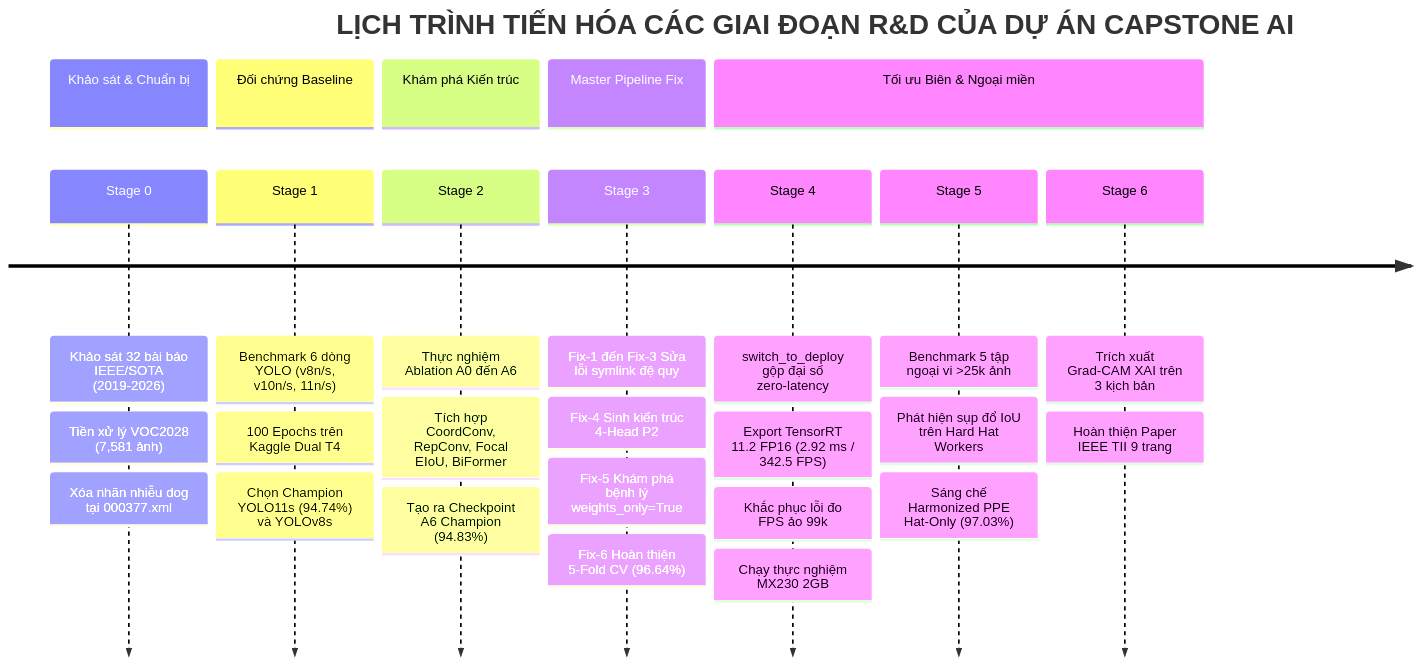
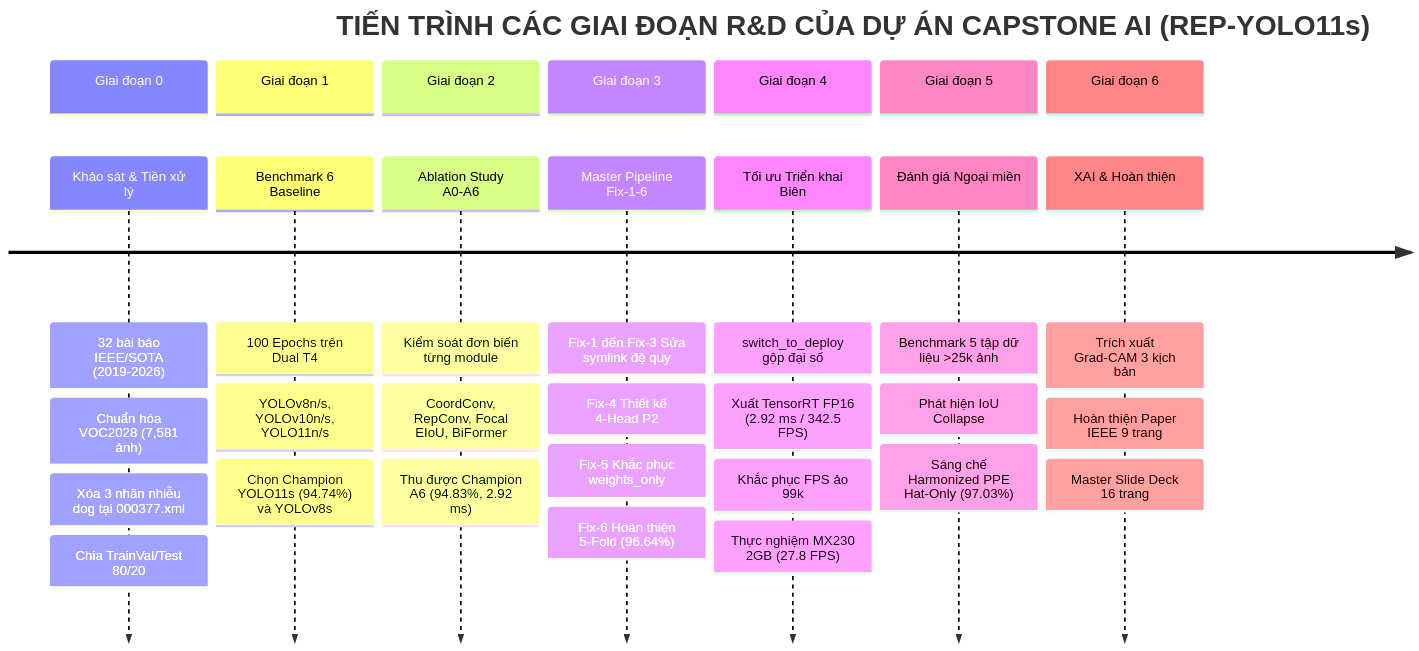
Before and after one commit to hannhu11/AI-Capstone---Rep-YOLOv11-CoordConv-BiFormer-Focal-EIoU: the third of 3 diagrams in CAPSTONE_MASTER_CONTRIBUTIONS_AND_STAGES_AUTOPSY.md, drawn with Mermaid. The commit also changed other lines of this file and 55 other files, not shown here.

````diff
--- a/CAPSTONE_MASTER_CONTRIBUTIONS_AND_STAGES_AUTOPSY.md
+++ b/CAPSTONE_MASTER_CONTRIBUTIONS_AND_STAGES_AUTOPSY.md
@@ -452,16 +292,18 @@
 ```mermaid
 timeline
-    title LỊCH TRÌNH TIẾN HÓA CÁC GIAI ĐOẠN R&D CỦA DỰ ÁN CAPSTONE AI
-    section Khảo sát & Chuẩn bị
-        Stage 0 : Khảo sát 32 bài báo IEEE/SOTA (2019-2026) : Tiền xử lý VOC2028 (7,581 ảnh) : Xóa nhãn nhiễu dog tại 000377.xml
-    section Đối chứng Baseline
-        Stage 1 : Benchmark 6 dòng YOLO (v8n/s, v10n/s, 11n/s) : 100 Epochs trên Kaggle Dual T4 : Chọn Champion YOLO11s (94.74%) và YOLOv8s
-    section Khám phá Kiến trúc
-        Stage 2 : Thực nghiệm Ablation A0 đến A6 : Tích hợp CoordConv, RepConv, Focal EIoU, BiFormer : Tạo ra Checkpoint A6 Champion (94.83%)
-    section Master Pipeline Fix
-        Stage 3 : Fix-1 đến Fix-3 Sửa lỗi symlink đệ quy : Fix-4 Sinh kiến trúc 4-Head P2 : Fix-5 Khám phá bệnh lý weights_only=True : Fix-6 Hoàn thiện 5-Fold CV (96.64%)
-    section Tối ưu Biên & Ngoại miền
-        Stage 4 : switch_to_deploy gộp đại số zero-latency : Export TensorRT 11.2 FP16 (2.92 ms / 342.5 FPS) : Khắc phục lỗi đo FPS ảo 99k : Chạy thực nghiệm MX230 2GB
-        Stage 5 : Benchmark 5 tập ngoại vi >25k ảnh : Phát hiện sụp đổ IoU trên Hard Hat Workers : Sáng chế Harmonized PPE Hat-Only (97.03%)
-        Stage 6 : Trích xuất Grad-CAM XAI trên 3 kịch bản : Hoàn thiện Paper IEEE TII 9 trang
+    title TIẾN TRÌNH CÁC GIAI ĐOẠN R&D CỦA DỰ ÁN CAPSTONE AI (REP-YOLO11s)
+    section Giai đoạn 0
+        Khảo sát & Tiền xử lý : 32 bài báo IEEE/SOTA (2019-2026) : Chuẩn hóa VOC2028 (7,581 ảnh) : Xóa 3 nhãn nhiễu dog tại 000377.xml : Chia TrainVal/Test 80/20
+    section Giai đoạn 1
+        Benchmark 6 Baseline : 100 Epochs trên Dual T4 : YOLOv8n/s, YOLOv10n/s, YOLO11n/s : Chọn Champion YOLO11s (94.74%) và YOLOv8s
+    section Giai đoạn 2
+        Ablation Study A0-A6 : Kiểm soát đơn biến từng module : CoordConv, RepConv, Focal EIoU, BiFormer : Thu được Champion A6 (94.83%, 2.92 ms)
+    section Giai đoạn 3
+        Master Pipeline Fix-1-6 : Fix-1 đến Fix-3 Sửa symlink đệ quy : Fix-4 Thiết kế 4-Head P2 : Fix-5 Khắc phục weights_only : Fix-6 Hoàn thiện 5-Fold (96.64%)
+    section Giai đoạn 4
+        Tối ưu Triển khai Biên : switch_to_deploy gộp đại số : Xuất TensorRT FP16 (2.92 ms / 342.5 FPS) : Khắc phục FPS ảo 99k : Thực nghiệm MX230 2GB (27.8 FPS)
+    section Giai đoạn 5
+        Đánh giá Ngoại miền : Benchmark 5 tập dữ liệu >25k ảnh : Phát hiện IoU Collapse : Sáng chế Harmonized PPE Hat-Only (97.03%)
+    section Giai đoạn 6
+        XAI & Hoàn thiện : Trích xuất Grad-CAM 3 kịch bản : Hoàn thiện Paper IEEE 9 trang : Master Slide Deck 16 trang
 ```
````
